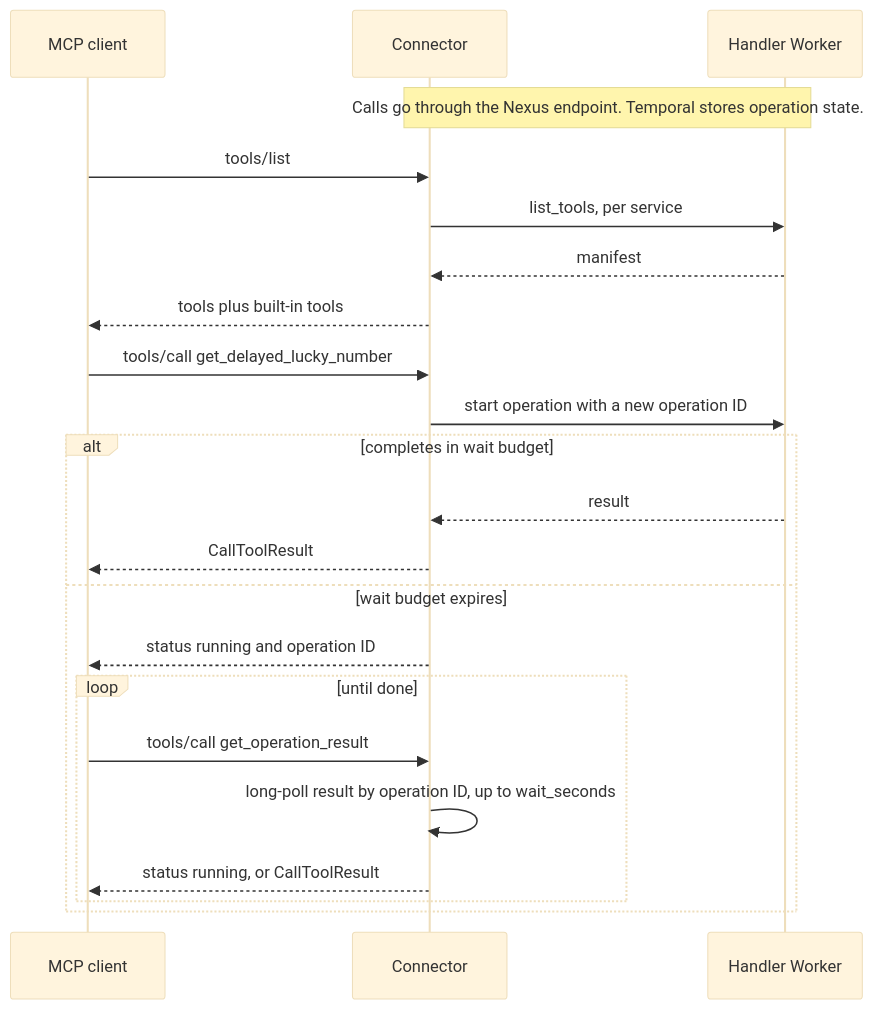
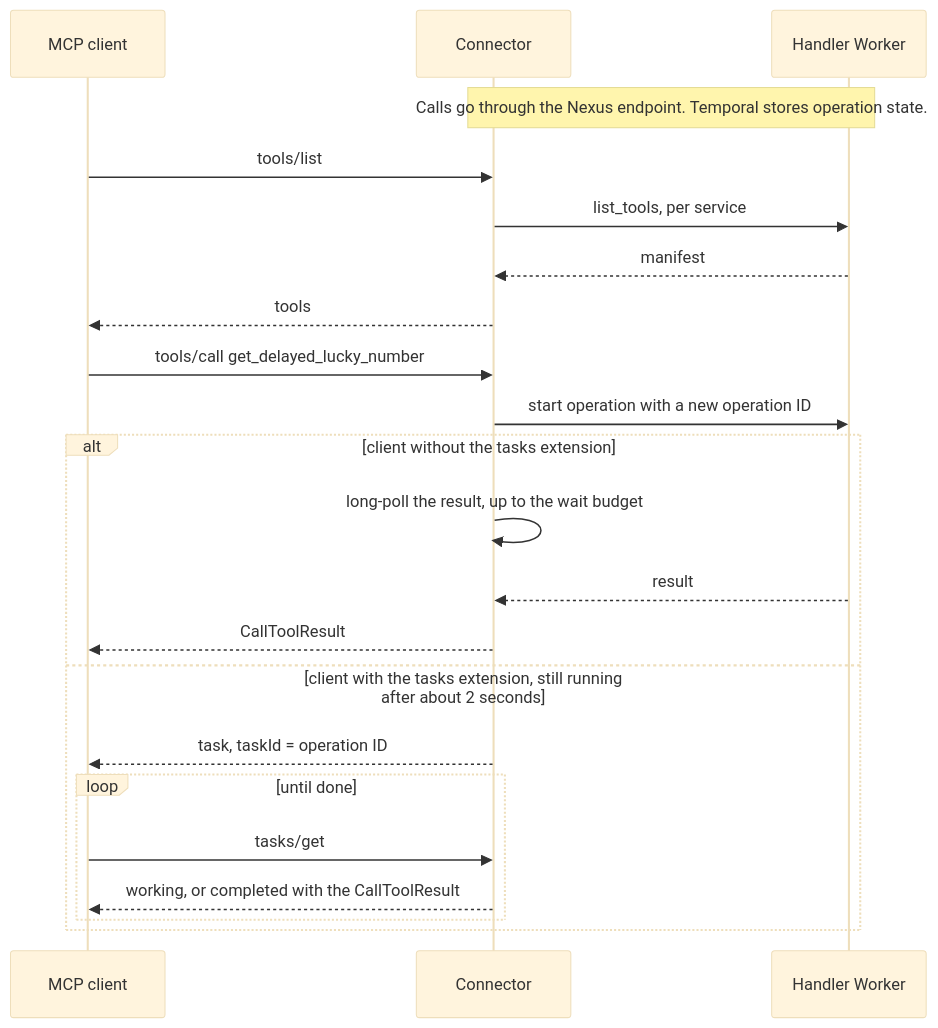
The second of 5 diagrams in ARCHITECTURE.md (long-nt-tran/durable-mcp-connector), drawn with Mermaid (base theme) before and after one commit. The commit also changed other lines of this file and 20 other files, not shown here.

Commit message:
Long-poll for non-Task compatible client, add custom dispatch for proxy

````diff
--- a/ARCHITECTURE.md
+++ b/ARCHITECTURE.md
@@ -128,24 +149,24 @@
 ```mermaid
 sequenceDiagram
   participant C as MCP client
   participant K as Connector
   participant H as Handler Worker
   Note over K,H: Calls go through the Nexus endpoint. Temporal stores operation state.
   C->>K: tools/list
   K->>H: list_tools, per service
   H-->>K: manifest
-  K-->>C: tools plus built-in tools
+  K-->>C: tools
   C->>K: tools/call get_delayed_lucky_number
   K->>H: start operation with a new operation ID
-  alt completes in wait budget
+  alt client without the tasks extension
+    K->>K: long-poll the result, up to the wait budget
     H-->>K: result
     K-->>C: CallToolResult
-  else wait budget expires
-    K-->>C: status running and operation ID
+  else client with the tasks extension, still running after about 2 seconds
+    K-->>C: task, taskId = operation ID
     loop until done
-      C->>K: tools/call get_operation_result
-      K->>K: long-poll result by operation ID, up to wait_seconds
-      K-->>C: status running, or CallToolResult
+      C->>K: tasks/get
+      K-->>C: working, or completed with the CallToolResult
     end
   end
 ```
````
